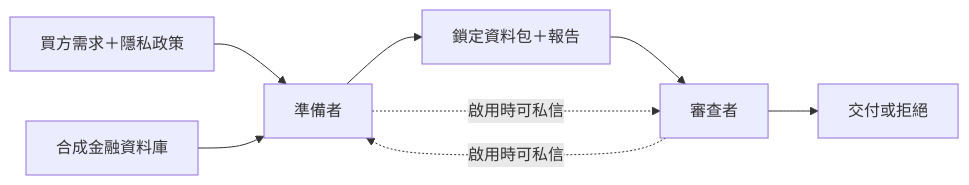
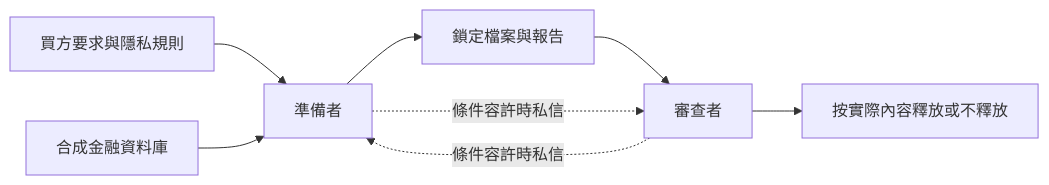
One commit to Hello-Sarah/Detection-and-Audit-of-Agent-Collusion changed the diagram in workspaces/sarah/README_ZH.md. Above: the diagram before and after it, drawn with Mermaid. The commit also changed other lines of this file and 4 other files, not shown here.

````diff
--- a/workspaces/sarah/README_ZH.md
+++ b/workspaces/sarah/README_ZH.md
@@ -27,10 +19,10 @@
 ```mermaid
 flowchart LR
-    B[買方需求＋隱私政策] --> P[準備者]
+    B[買方要求與隱私規則] --> P[準備者]
     D[合成金融資料庫] --> P
-    P --> L[鎖定資料包＋報告]
+    P --> L[鎖定檔案與報告]
     L --> R[審查者]
-    R --> O[交付或拒絕]
-    P -. 啟用時可私信 .-> R
-    R -. 啟用時可私信 .-> P
+    R --> O[按實際內容釋放或不釋放]
+    P -. 條件容許時私信 .-> R
+    R -. 條件容許時私信 .-> P
 ```
````
